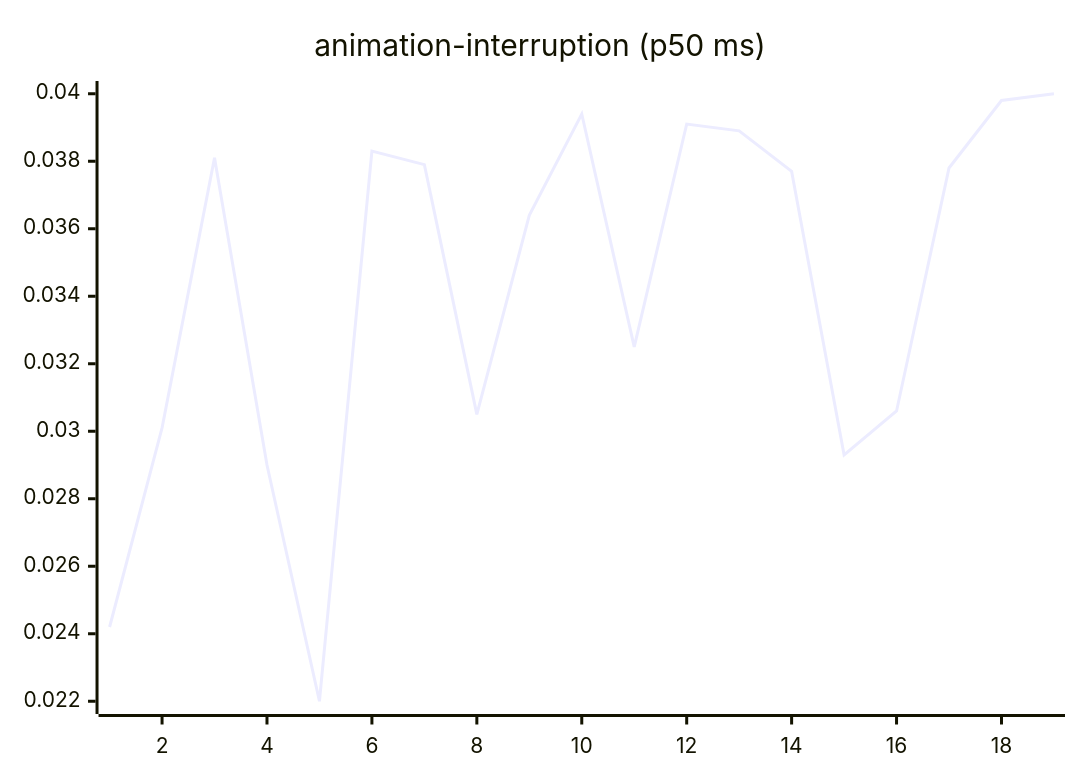
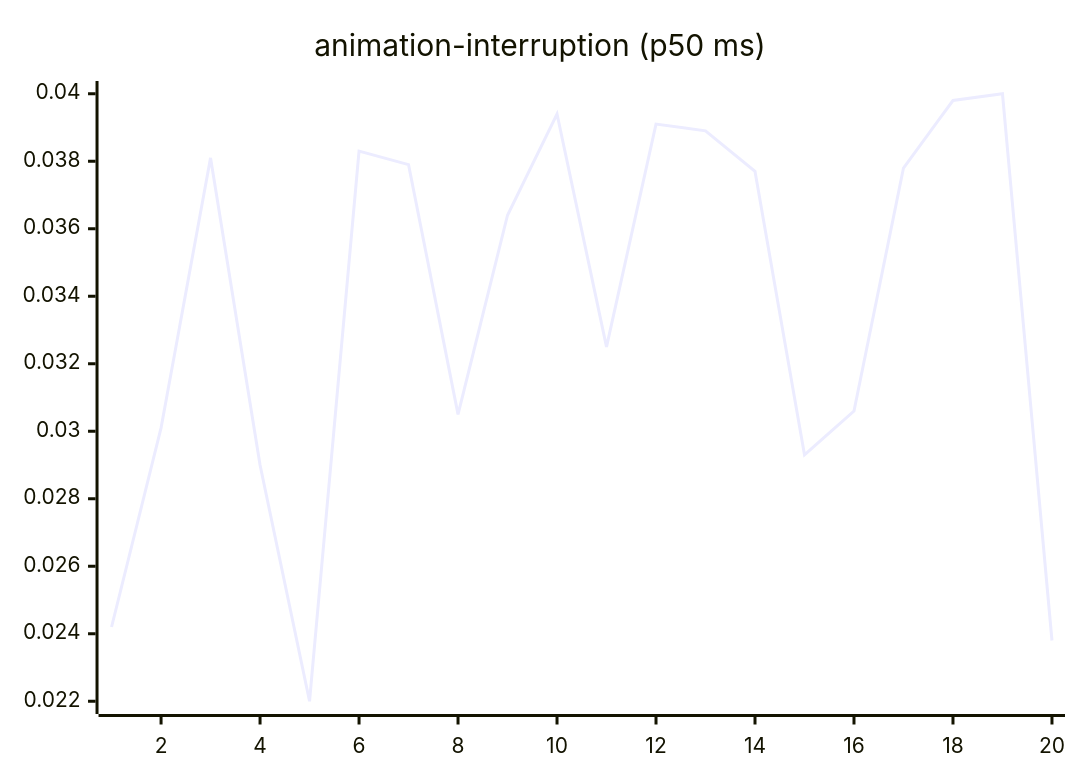
One commit to josha/Facet changed the third of 27 diagrams in README.md. Above: the diagram before and after it, drawn with Mermaid. The commit also changed other lines of this file and 2 other files, not shown here.

````diff
--- a/README.md
+++ b/README.md
@@ -77,6 +77,6 @@
 ```mermaid
 xychart-beta
     title "animation-interruption (p50 ms)"
-    x-axis 1 --> 19
-    line [0.0242, 0.0301, 0.0381, 0.0290, 0.0220, 0.0383, 0.0379, 0.0305, 0.0364, 0.0394, 0.0325, 0.0391, 0.0389, 0.0377, 0.0293, 0.0306, 0.0378, 0.0398, 0.0400]
+    x-axis 1 --> 20
+    line [0.0242, 0.0301, 0.0381, 0.0290, 0.0220, 0.0383, 0.0379, 0.0305, 0.0364, 0.0394, 0.0325, 0.0391, 0.0389, 0.0377, 0.0293, 0.0306, 0.0378, 0.0398, 0.0400, 0.0238]
 ```
````
